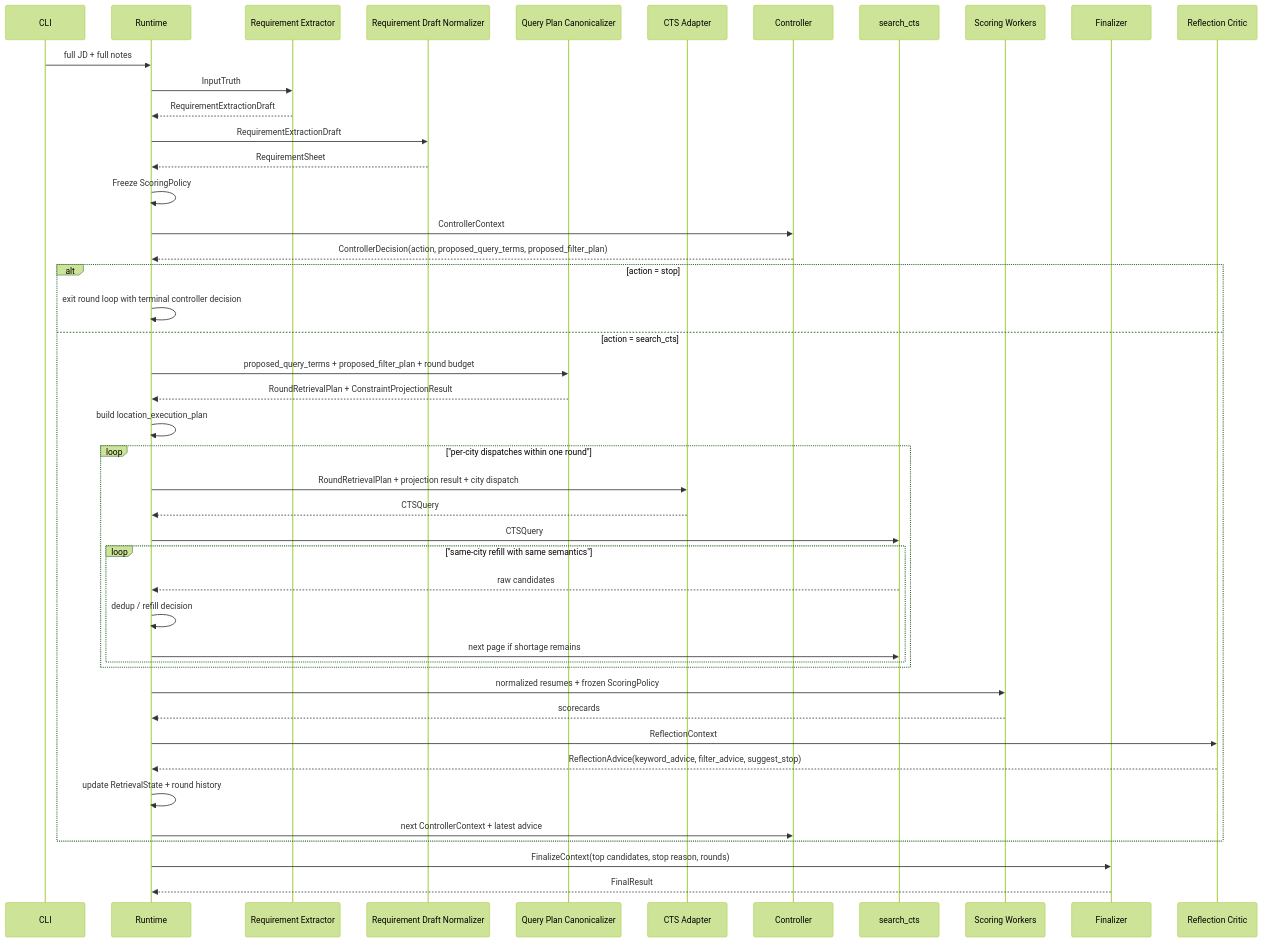
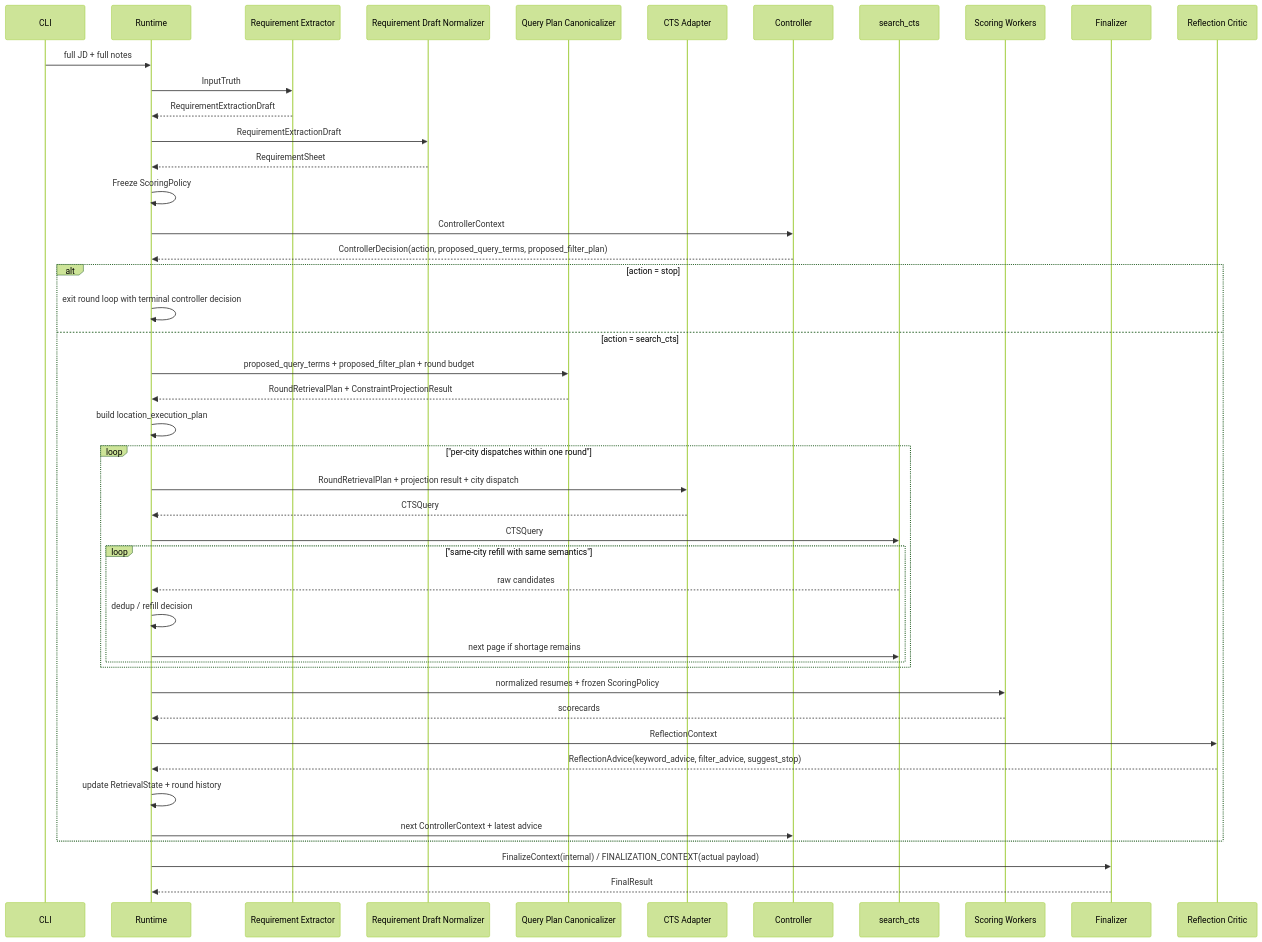
The second of 2 diagrams in docs/v-0.2/design.md (FrankQDWang/cv-match), drawn with Mermaid (forest theme) before and after one commit. The commit also changed other lines of this file and 45 other files, not shown here.

````diff
--- a/docs/v-0.2/design.md
+++ b/docs/v-0.2/design.md
@@ -1199,48 +1209,48 @@
 ```mermaid
 sequenceDiagram
     participant CLI
     participant Runtime
     participant Extractor as Requirement Extractor
     participant Normalizer as Requirement Draft Normalizer
     participant Canon as Query Plan Canonicalizer
     participant Adapter as CTS Adapter
     participant Controller
     participant CTS as search_cts
     participant Scorer as Scoring Workers
     participant Finalizer
     participant Reflector as Reflection Critic
 
     CLI->>Runtime: full JD + full notes
     Runtime->>Extractor: InputTruth
     Extractor-->>Runtime: RequirementExtractionDraft
     Runtime->>Normalizer: RequirementExtractionDraft
     Normalizer-->>Runtime: RequirementSheet
     Runtime->>Runtime: Freeze ScoringPolicy
     Runtime->>Controller: ControllerContext
     Controller-->>Runtime: ControllerDecision(action, proposed_query_terms, proposed_filter_plan)
     alt action = stop
         Runtime->>Runtime: exit round loop with terminal controller decision
     else action = search_cts
         Runtime->>Canon: proposed_query_terms + proposed_filter_plan + round budget
         Canon-->>Runtime: RoundRetrievalPlan + ConstraintProjectionResult
         Runtime->>Runtime: build location_execution_plan
         loop "per-city dispatches within one round"
             Runtime->>Adapter: RoundRetrievalPlan + projection result + city dispatch
             Adapter-->>Runtime: CTSQuery
             Runtime->>CTS: CTSQuery
             loop "same-city refill with same semantics"
                 CTS-->>Runtime: raw candidates
                 Runtime->>Runtime: dedup / refill decision
                 Runtime->>CTS: next page if shortage remains
             end
         end
         Runtime->>Scorer: normalized resumes + frozen ScoringPolicy
         Scorer-->>Runtime: scorecards
         Runtime->>Reflector: ReflectionContext
         Reflector-->>Runtime: ReflectionAdvice(keyword_advice, filter_advice, suggest_stop)
         Runtime->>Runtime: update RetrievalState + round history
         Runtime->>Controller: next ControllerContext + latest advice
     end
-    Runtime->>Finalizer: FinalizeContext(top candidates, stop reason, rounds)
+    Runtime->>Finalizer: FinalizeContext(internal) / FINALIZATION_CONTEXT(actual payload)
     Finalizer-->>Runtime: FinalResult
 ```
````
